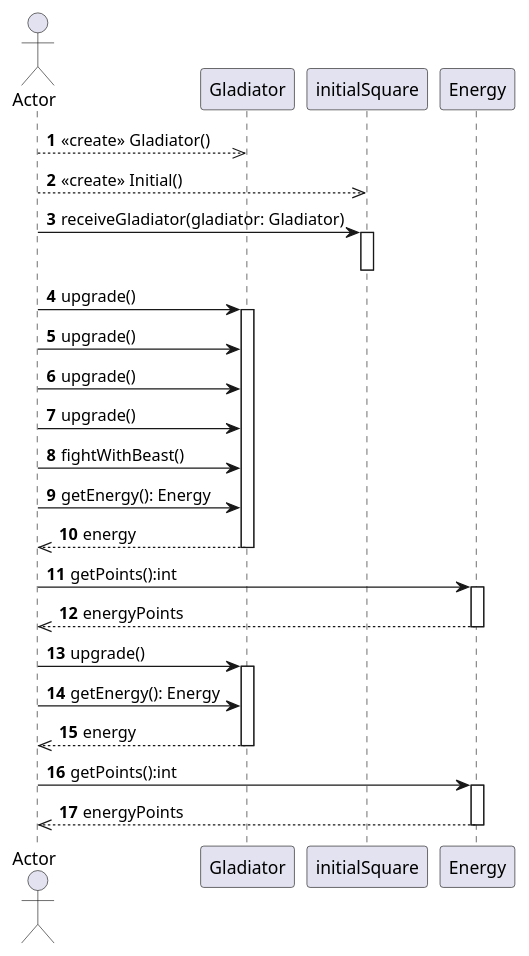
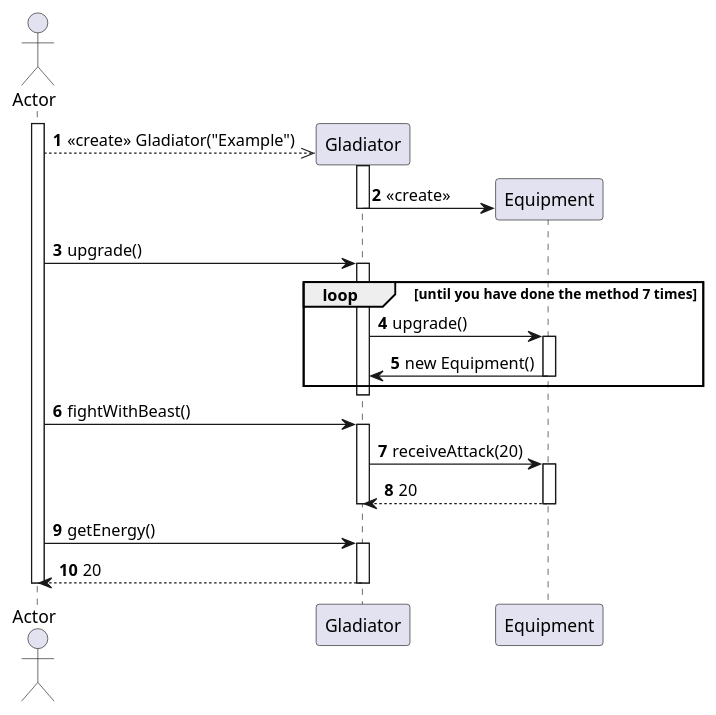
Before and after one commit to PabloGCH/tp2-algo3: the diagram in diagrams/sequences/UseCase11.puml, drawn with PlantUML. The commit also changed 95 other files, not shown here.

```diff
--- a/diagrams/sequences/UseCase11.puml
+++ b/diagrams/sequences/UseCase11.puml
@@ -1,31 +1,37 @@
 @startuml
 autonumber
 actor Actor
-Actor -->> Gladiator: <<create>> Gladiator()
-Actor -->> initialSquare: <<create>> Initial()
-Actor -> initialSquare: receiveGladiator(gladiator: Gladiator)
-activate initialSquare
-deactivate initialSquare
+activate Actor
+
+create Gladiator
+Actor -->> Gladiator: <<create>> Gladiator("Example")
+activate Gladiator
+    create Equipment
+    Gladiator -> Equipment: <<create>>
+deactivate Gladiator
+
 Actor -> Gladiator: upgrade()
+loop until you have done the method 7 times
 activate Gladiator
-Actor -> Gladiator: upgrade()
-Actor -> Gladiator: upgrade()
-Actor -> Gladiator: upgrade()
+    Gladiator -> Equipment: upgrade()
+    activate Equipment
+        Equipment -> Gladiator: new Equipment()
+    deactivate Equipment
+end loop
+deactivate Gladiator
+
 Actor -> Gladiator: fightWithBeast()
-Actor -> Gladiator: getEnergy(): Energy
-Gladiator -->> Actor: energy
+activate Gladiator
+    Gladiator -> Equipment: receiveAttack(20)
+    activate Equipment
+        Equipment --> Gladiator: 20
+    deactivate Equipment
 deactivate Gladiator
-Actor -> Energy: getPoints():int
-activate Energy
-Energy -->> Actor: energyPoints
-deactivate Energy
-Actor -> Gladiator: upgrade()
+
+Actor -> Gladiator: getEnergy()
 activate Gladiator
-Actor -> Gladiator: getEnergy(): Energy
-Gladiator -->> Actor: energy
+    Gladiator --> Actor: 20
 deactivate Gladiator
-Actor -> Energy: getPoints():int
-activate Energy
-Energy -->> Actor: energyPoints
-deactivate Energy
+
+deactivate Actor
 @enduml
```
